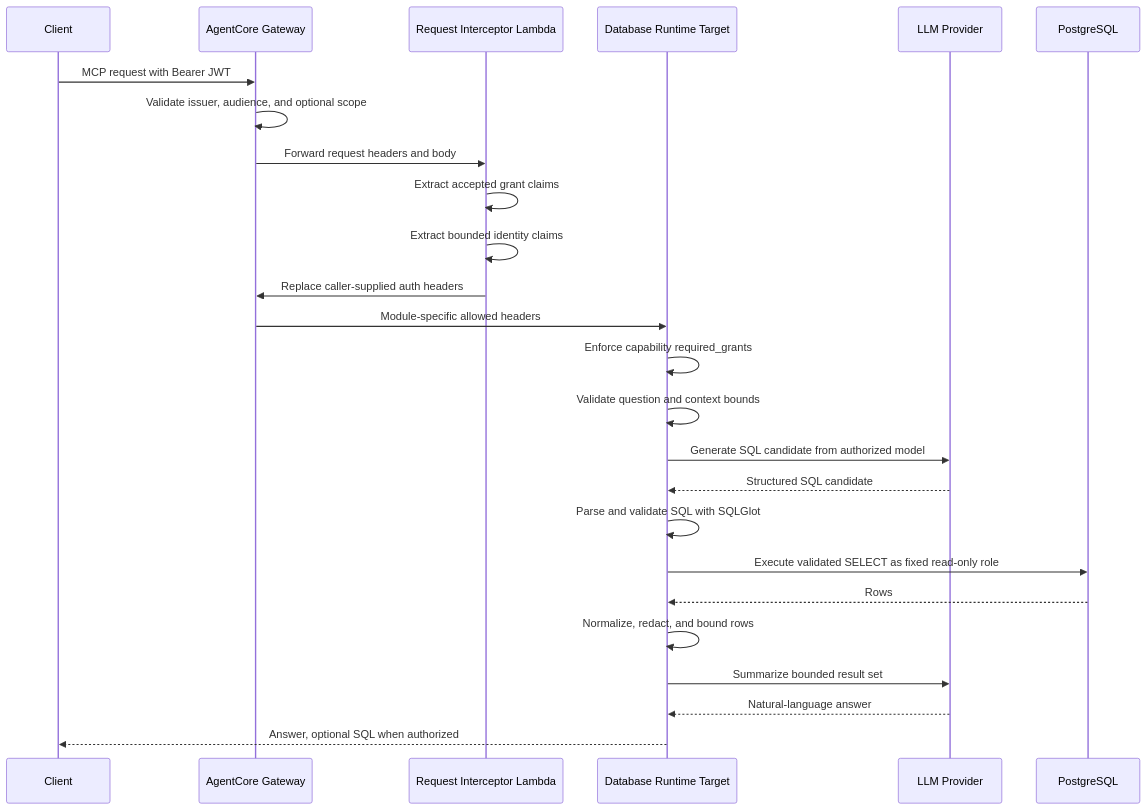
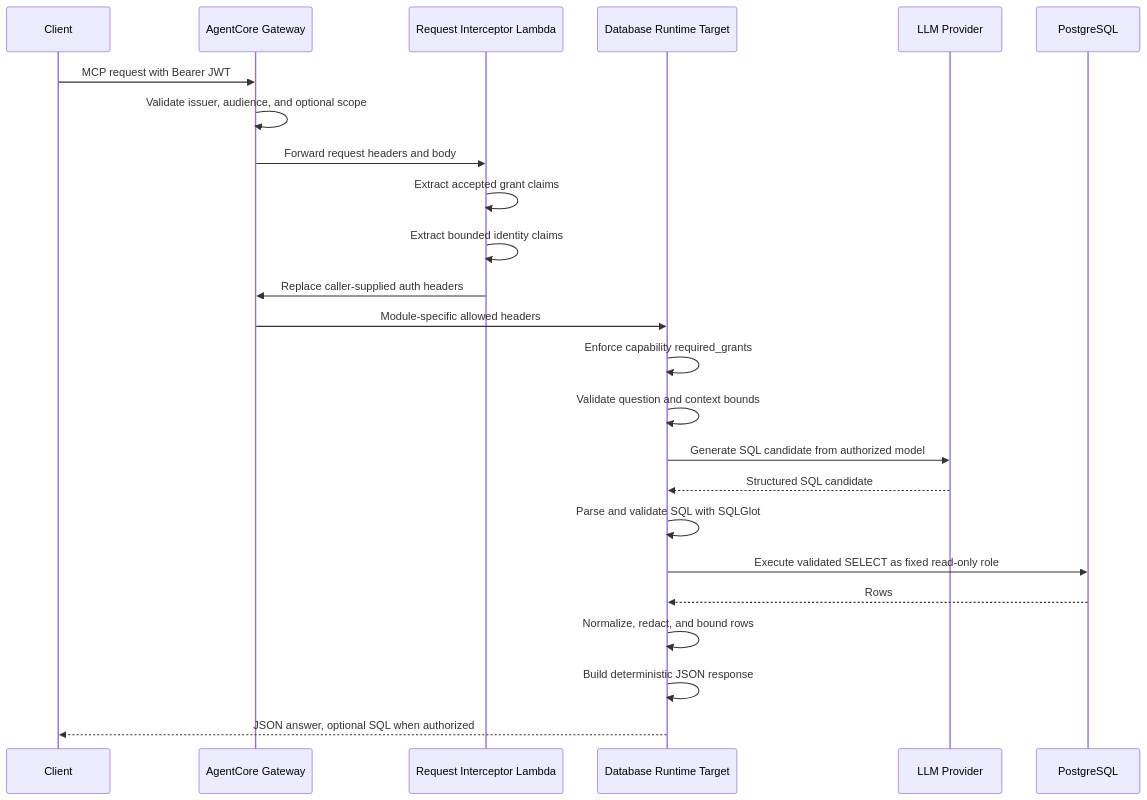
The diagram in docs/security_architecture.md (nogj/aws-data-agentcore), drawn with Mermaid before and after one commit. The commit also changed other lines of this file and 6 other files, not shown here.

````diff
--- a/docs/security_architecture.md
+++ b/docs/security_architecture.md
@@ -60,28 +70,27 @@
 ```mermaid
 sequenceDiagram
     participant Client
     participant Gateway as AgentCore Gateway
     participant Interceptor as Request Interceptor Lambda
     participant Runtime as Database Runtime Target
     participant LLM as LLM Provider
     participant DB as PostgreSQL
 
     Client->>Gateway: MCP request with Bearer JWT
     Gateway->>Gateway: Validate issuer, audience, and optional scope
     Gateway->>Interceptor: Forward request headers and body
     Interceptor->>Interceptor: Extract accepted grant claims
     Interceptor->>Interceptor: Extract bounded identity claims
     Interceptor->>Gateway: Replace caller-supplied auth headers
     Gateway->>Runtime: Module-specific allowed headers
     Runtime->>Runtime: Enforce capability required_grants
     Runtime->>Runtime: Validate question and context bounds
     Runtime->>LLM: Generate SQL candidate from authorized model
     LLM-->>Runtime: Structured SQL candidate
     Runtime->>Runtime: Parse and validate SQL with SQLGlot
     Runtime->>DB: Execute validated SELECT as fixed read-only role
     DB-->>Runtime: Rows
     Runtime->>Runtime: Normalize, redact, and bound rows
-    Runtime->>LLM: Summarize bounded result set
-    LLM-->>Runtime: Natural-language answer
-    Runtime-->>Client: Answer, optional SQL when authorized
+    Runtime->>Runtime: Build deterministic JSON response
+    Runtime-->>Client: JSON answer, optional SQL when authorized
 ```
````
